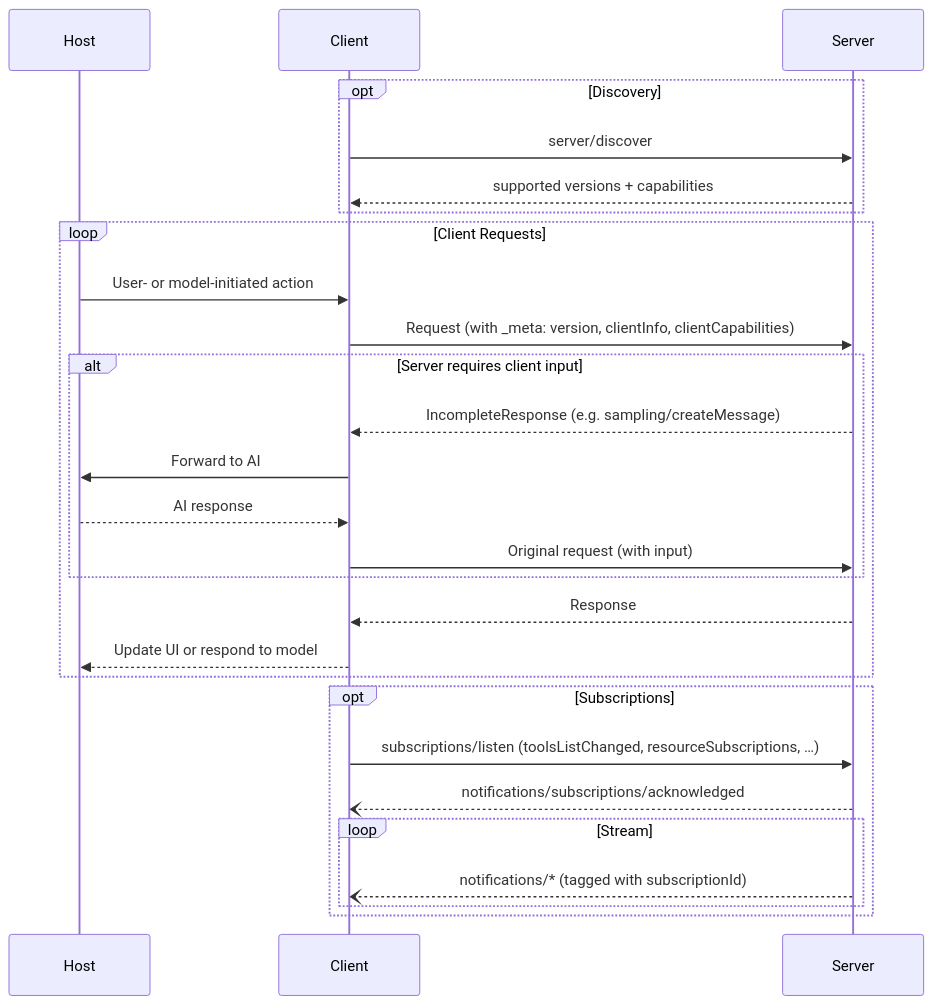
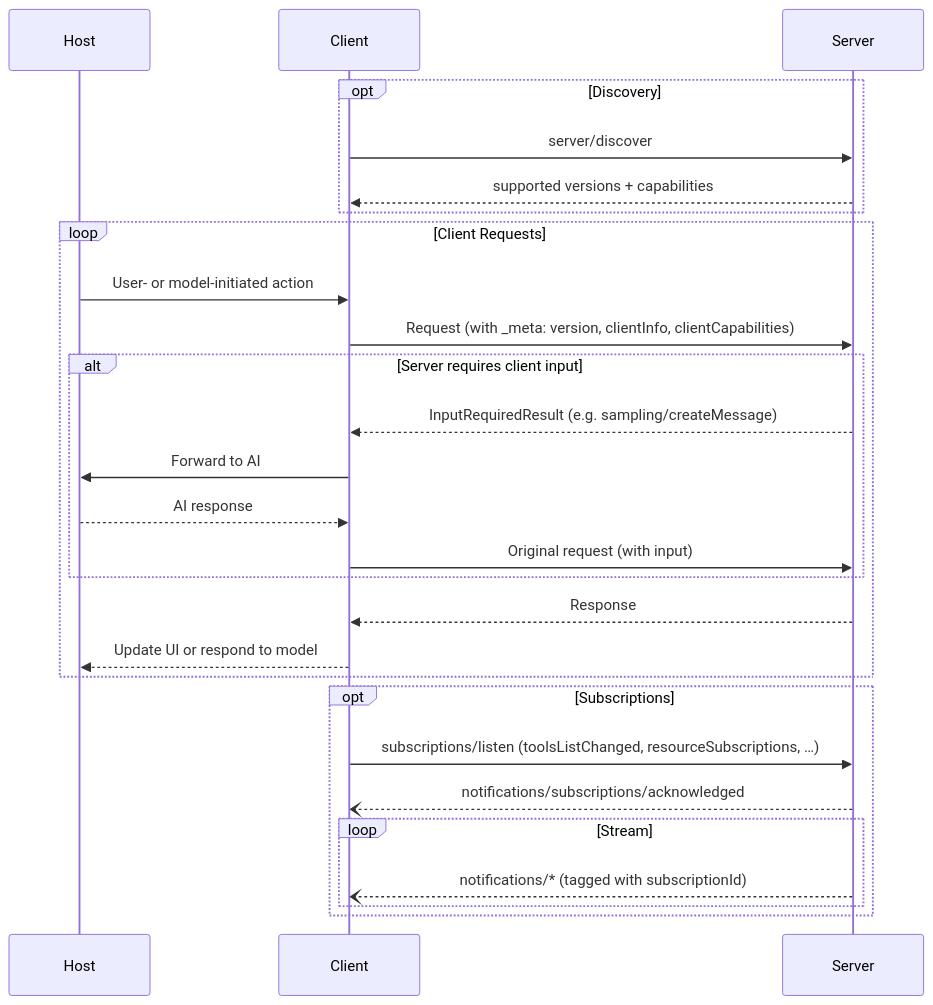
The second of 2 diagrams in mcp_ecosystem__model_context_protocol/official_mcp_repositories__anthropic/modelcontextprotocol/docs/specification/draft/architecture/index.mdx (HIDORAKAI002/ai-workspace-archive), drawn with Mermaid before and after one commit. The commit also changed other lines of this file and 2257 other files, not shown here.

````diff
--- a/mcp_ecosystem__model_context_protocol/official_mcp_repositories__anthropic/modelcontextprotocol/docs/specification/draft/architecture/index.mdx
+++ b/mcp_ecosystem__model_context_protocol/official_mcp_repositories__anthropic/modelcontextprotocol/docs/specification/draft/architecture/index.mdx
@@ -131,32 +131,32 @@
 ```mermaid
 sequenceDiagram
     participant Host
     participant Client
     participant Server
 
     opt Discovery
         Client->>Server: server/discover
         Server-->>Client: supported versions + capabilities
     end
 
     loop Client Requests
         Host->>Client: User- or model-initiated action
         Client->>Server: Request (with _meta: version, clientInfo, clientCapabilities)
         alt Server requires client input
-            Server-->>Client: IncompleteResponse (e.g. sampling/createMessage)
+            Server-->>Client: InputRequiredResult (e.g. sampling/createMessage)
             Client->>Host: Forward to AI
             Host-->>Client: AI response
             Client->>Server: Original request (with input)
         end
         Server-->>Client: Response
         Client-->>Host: Update UI or respond to model
     end
 
     opt Subscriptions
         Client->>Server: subscriptions/listen (toolsListChanged, resourceSubscriptions, …)
         Server--)Client: notifications/subscriptions/acknowledged
         loop Stream
             Server--)Client: notifications/* (tagged with subscriptionId)
         end
     end
 ```
````
